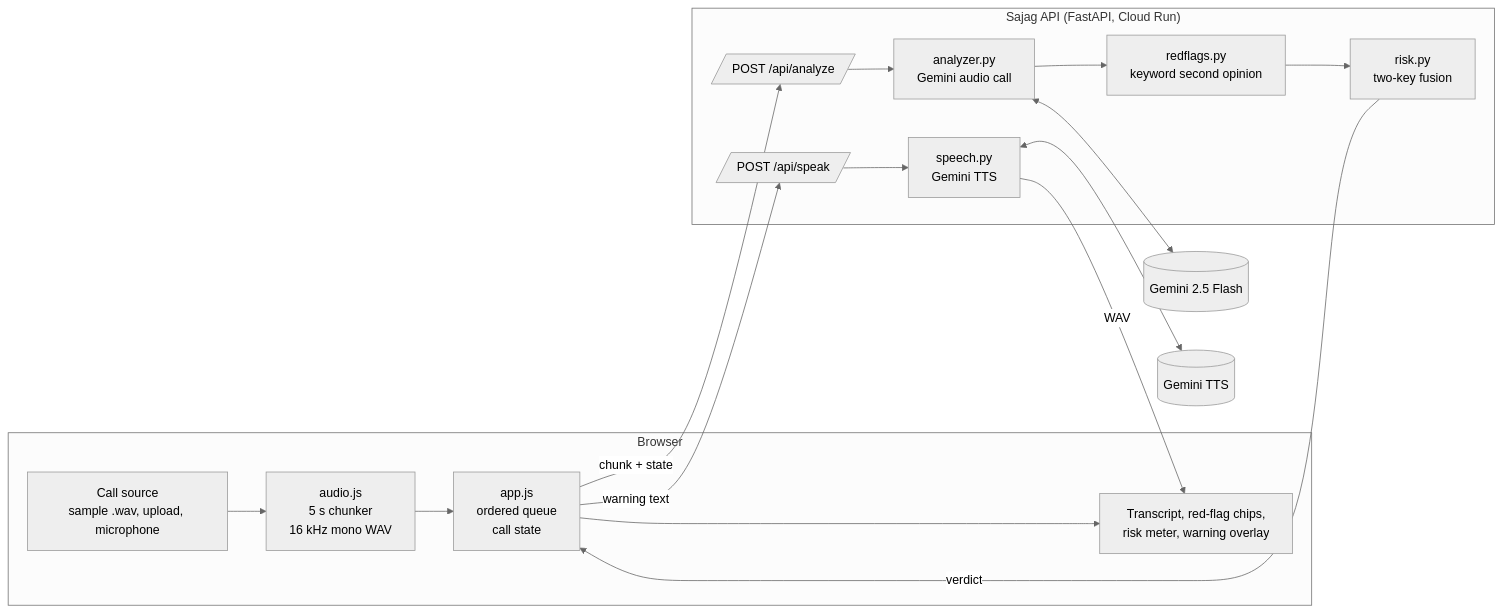
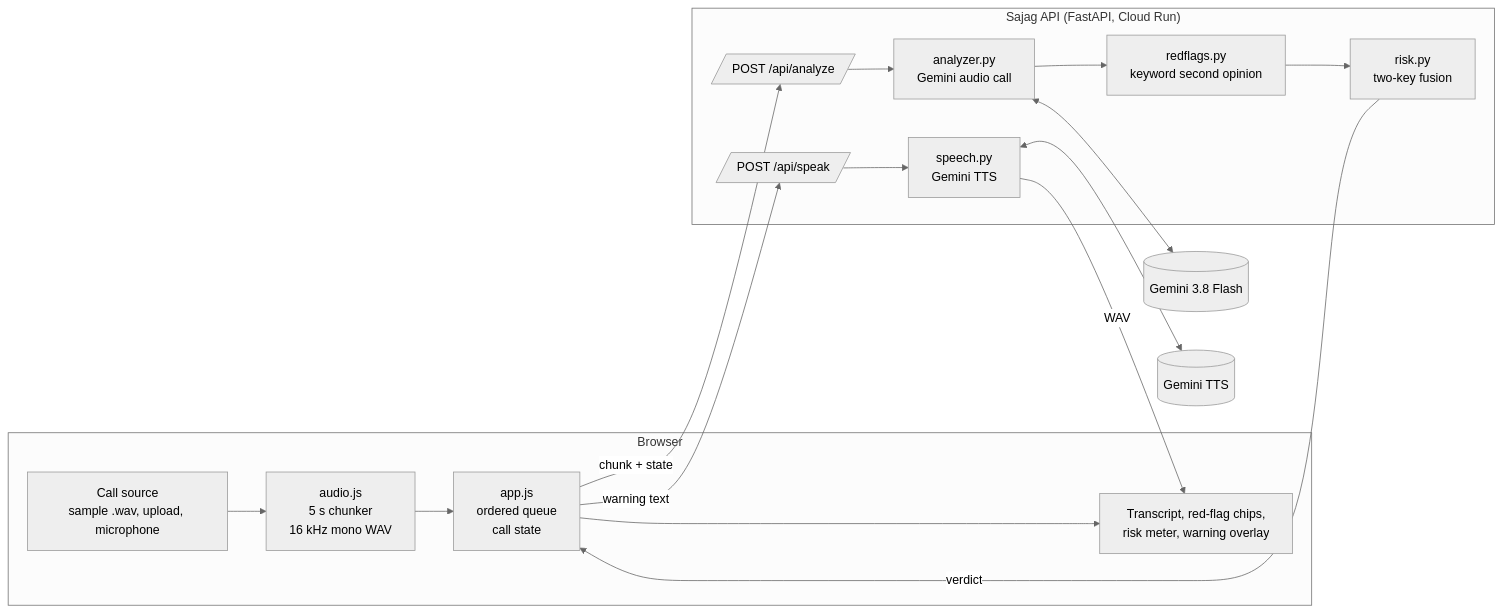
One commit to VedantDomadiya/sajag changed the diagram in docs/ARCHITECTURE.md. Above: the diagram before and after it, drawn with Mermaid (neutral theme). The commit also changed 5 other files, not shown here.

Commit message:
Use gemini-3.8-flash: gemini-2.5-flash is no longer available to new API users

````diff
--- a/docs/ARCHITECTURE.md
+++ b/docs/ARCHITECTURE.md
@@ -8,20 +8,20 @@
 ```mermaid
 flowchart LR
     subgraph Browser
         A[Call source<br/>sample .wav, upload, microphone] --> B[audio.js<br/>5 s chunker<br/>16 kHz mono WAV]
         B --> C[app.js<br/>ordered queue<br/>call state]
         C --> UI[Transcript, red-flag chips,<br/>risk meter, warning overlay]
     end
     subgraph "Sajag API (FastAPI, Cloud Run)"
         D[/POST /api/analyze/] --> E[analyzer.py<br/>Gemini audio call]
         E --> F[redflags.py<br/>keyword second opinion]
         F --> G[risk.py<br/>two-key fusion]
         H[/POST /api/speak/] --> I[speech.py<br/>Gemini TTS]
     end
     C -- chunk + state --> D
     G -- verdict --> C
     C -- warning text --> H
     I -- WAV --> UI
-    E <--> GM[(Gemini 2.5 Flash)]
+    E <--> GM[(Gemini 3.8 Flash)]
     I <--> GT[(Gemini TTS)]
 ```
````
